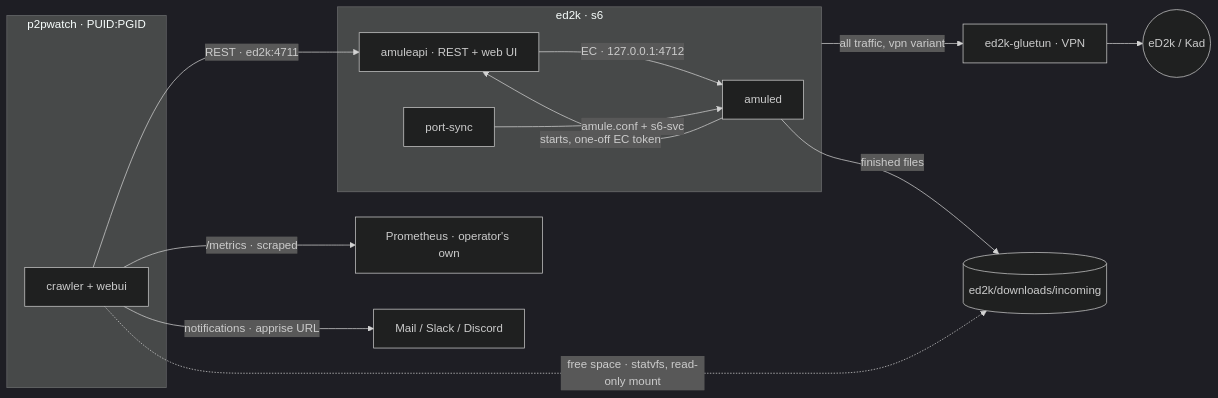
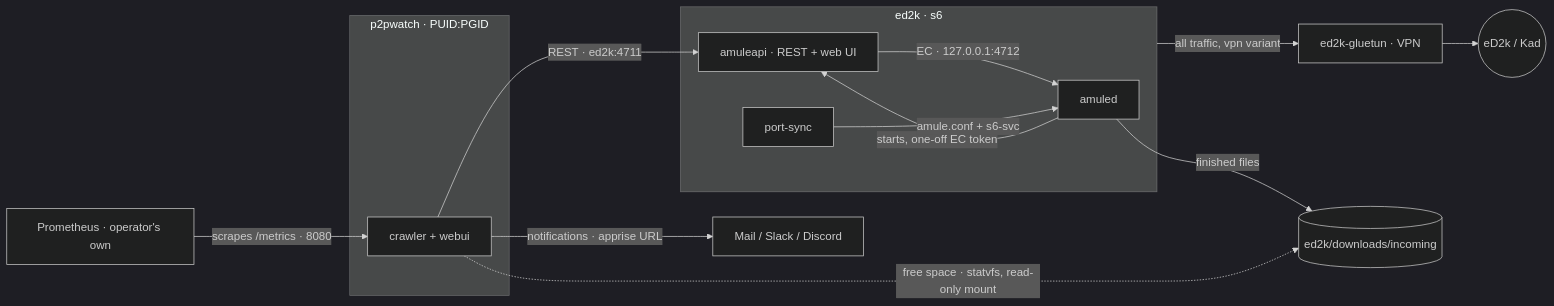
Before and after one commit to mission-titar/p2pwatch: the first of 12 diagrams in docs/contributing/architecture.md, drawn with Mermaid (dark theme). The commit also changed other lines of this file and 6 other files, not shown here.

````diff
--- a/docs/contributing/architecture.md
+++ b/docs/contributing/architecture.md
@@ -35,27 +35,27 @@
 ```mermaid
 flowchart LR
   subgraph core["p2pwatch · PUID:PGID"]
     crawler["crawler + webui"]
   end
   subgraph client["ed2k · s6"]
     amuled["amuled"]
     amuleapi["amuleapi · REST + web UI"]
     sync["port-sync"]
   end
   gluetun["ed2k-gluetun · VPN"]
   net(("eD2k / Kad"))
   prom["Prometheus · operator's own"]
   notif["Mail / Slack / Discord"]
   out[("ed2k/downloads/incoming")]
 
   crawler -->|"REST · ed2k:4711"| amuleapi
   amuled -->|"starts, one-off EC token"| amuleapi
   amuleapi -->|"EC · 127.0.0.1:4712"| amuled
   sync -->|"amule.conf + s6-svc"| amuled
   client -->|"all traffic, vpn variant"| gluetun
   gluetun --> net
   amuled -->|"finished files"| out
   crawler -.->|"free space · statvfs, read-only mount"| out
-  crawler -->|"/metrics · scraped"| prom
+  prom -->|"scrapes /metrics · 8080"| crawler
   crawler -->|"notifications · apprise URL"| notif
 ```
````
